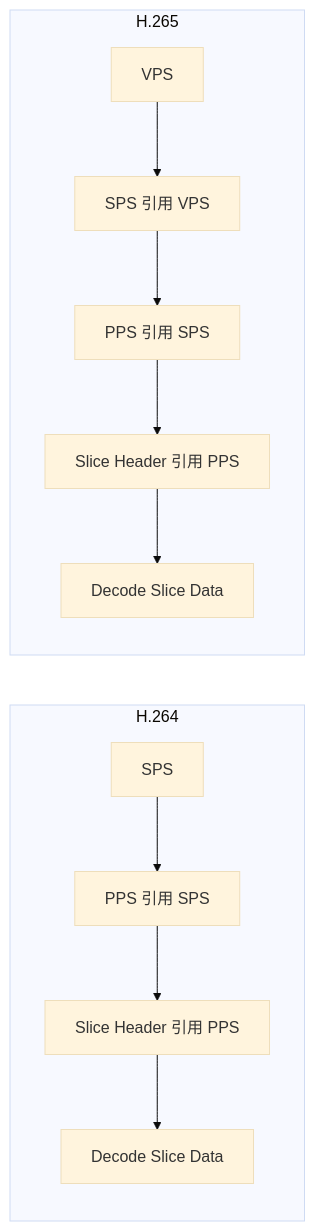
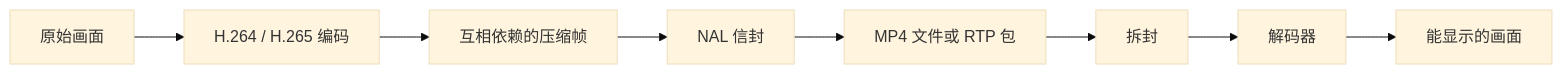
Before and after one commit to flycodeu/FlyCodeCenter: the first of 4 diagrams in src/content/tutorial/ffmpeg/08-H264-H265-Bitstream.md, drawn with Mermaid (base theme). The commit also changed other lines of this file and 10 other files, not shown here.

````diff
--- a/src/content/tutorial/ffmpeg/08-H264-H265-Bitstream.md
+++ b/src/content/tutorial/ffmpeg/08-H264-H265-Bitstream.md
@@ -252,15 +29,10 @@
 ```mermaid
 flowchart LR
-  subgraph H264[H.264]
-    S1[SPS] --> P1[PPS 引用 SPS]
-    P1 --> SH1[Slice Header 引用 PPS]
-    SH1 --> D1[Decode Slice Data]
-  end
-
-  subgraph H265[H.265]
-    V2[VPS] --> S2[SPS 引用 VPS]
-    S2 --> P2[PPS 引用 SPS]
-    P2 --> SH2[Slice Header 引用 PPS]
-    SH2 --> D2[Decode Slice Data]
-  end
+  A[原始画面] --> B[H.264 / H.265 编码]
+  B --> C[互相依赖的压缩帧]
+  C --> D[NAL 信封]
+  D --> E[MP4 文件或 RTP 包]
+  E --> F[拆封]
+  F --> G[解码器]
+  G --> H[能显示的画面]
 ```
````
